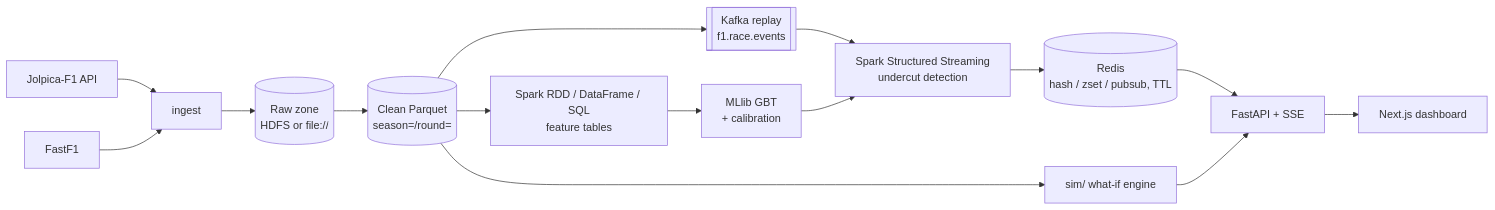
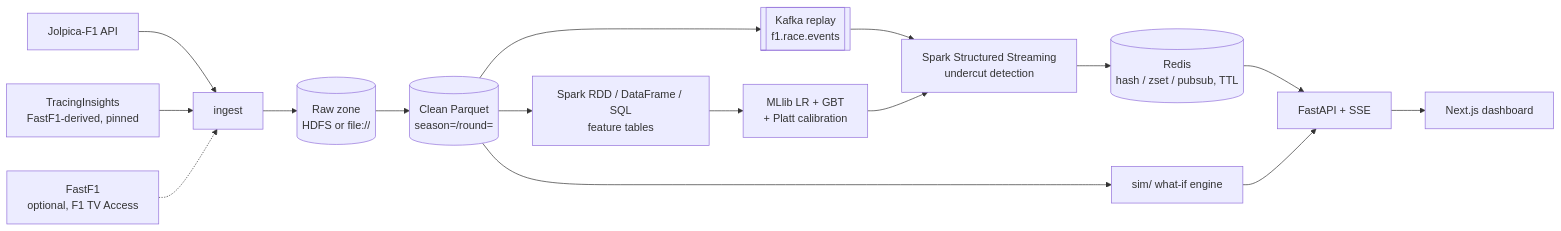
One commit to parinithd-27/F1-Strategy-Analytics changed the first of 2 diagrams in docs/architecture.md. Above: the diagram before and after it, drawn with Mermaid. The commit also changed other lines of this file and 26 other files, not shown here.

````diff
--- a/docs/architecture.md
+++ b/docs/architecture.md
@@ -5,17 +7,18 @@
 ```mermaid
 flowchart LR
     J[Jolpica-F1 API] --> I[ingest]
-    F[FastF1] --> I
+    TI[TracingInsights<br/>FastF1-derived, pinned] --> I
+    F[FastF1<br/>optional, F1 TV Access] -.-> I
     I --> R[(Raw zone<br/>HDFS or file://)]
     R --> C[(Clean Parquet<br/>season=/round=)]
     C --> S[Spark RDD / DataFrame / SQL<br/>feature tables]
-    S --> M[MLlib GBT<br/>+ calibration]
+    S --> M[MLlib LR + GBT<br/>+ Platt calibration]
     C --> K[[Kafka replay<br/>f1.race.events]]
     K --> SS[Spark Structured Streaming<br/>undercut detection]
     M --> SS
     SS --> RD[(Redis<br/>hash / zset / pubsub, TTL)]
     RD --> A[FastAPI + SSE]
     A --> W[Next.js dashboard]
     SIM[sim/ what-if engine] --> A
     C --> SIM
 ```
````
